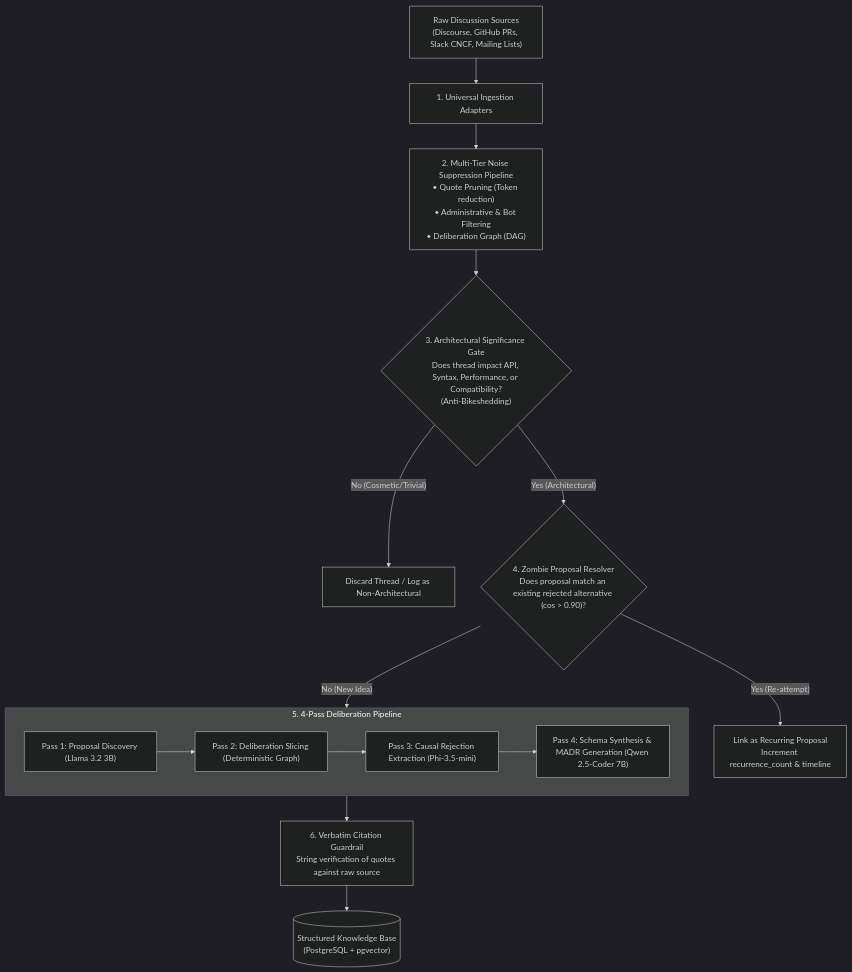
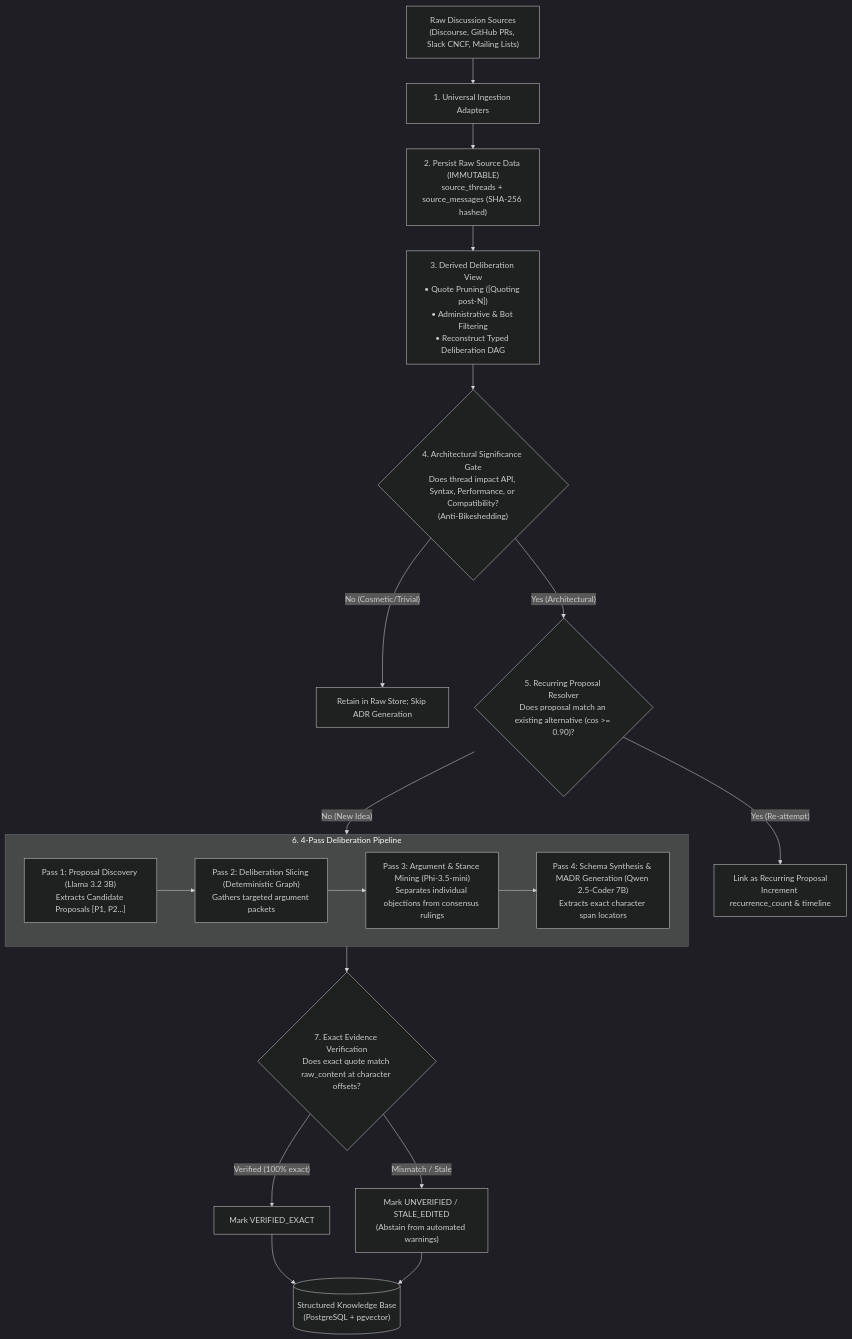
One commit to MRiARC/biscuit changed the diagram in docs/INGESTION_AND_EXTRACTION.md. Above: the diagram before and after it, drawn with Mermaid (dark theme). The commit also changed other lines of this file and 2 other files, not shown here.

Commit message:
docs: strengthen evidence provenance, decision states, and code anchors (fixes #5)

````diff
--- a/docs/INGESTION_AND_EXTRACTION.md
+++ b/docs/INGESTION_AND_EXTRACTION.md
@@ -13,24 +14,30 @@
 ```mermaid
 flowchart TD
     Raw["Raw Discussion Sources<br/>(Discourse, GitHub PRs, Slack CNCF, Mailing Lists)"] --> Ingest["1. Universal Ingestion Adapters"]
     
-    Ingest --> Clean["2. Multi-Tier Noise Suppression Pipeline<br/>• Quote Pruning (Token reduction)<br/>• Administrative & Bot Filtering<br/>• Deliberation Graph (DAG)"]
+    Ingest --> StoreRaw["2. Persist Raw Source Data (IMMUTABLE)<br/>source_threads + source_messages (SHA-256 hashed)"]
     
-    Clean --> Gate{"3. Architectural Significance Gate<br/>Does thread impact API, Syntax, Performance, or Compatibility?<br/>(Anti-Bikeshedding)"}
+    StoreRaw --> Clean["3. Derived Deliberation View<br/>• Quote Pruning ([Quoting post-N])<br/>• Administrative & Bot Filtering<br/>• Reconstruct Typed Deliberation DAG"]
     
-    Gate -- "No (Cosmetic/Trivial)" --> Drop["Discard Thread / Log as Non-Architectural"]
-    Gate -- "Yes (Architectural)" --> Dedupe{"4. Zombie Proposal Resolver<br/>Does proposal match an existing rejected alternative (cos > 0.90)?"}
+    Clean --> Gate{"4. Architectural Significance Gate<br/>Does thread impact API, Syntax, Performance, or Compatibility?<br/>(Anti-Bikeshedding)"}
+    
+    Gate -- "No (Cosmetic/Trivial)" --> Archive["Retain in Raw Store; Skip ADR Generation"]
+    Gate -- "Yes (Architectural)" --> Dedupe{"5. Recurring Proposal Resolver<br/>Does proposal match an existing alternative (cos >= 0.90)?"}
     
     Dedupe -- "Yes (Re-attempt)" --> Merge["Link as Recurring Proposal<br/>Increment recurrence_count & timeline"]
-    Dedupe -- "No (New Idea)" --> Pipeline["5. 4-Pass Deliberation Extraction Pipeline"]
+    Dedupe -- "No (New Idea)" --> Pipeline["6. 4-Pass Deliberation Extraction Pipeline"]
     
-    subgraph Pipeline["5. 4-Pass Deliberation Pipeline"]
-        P1["Pass 1: Proposal Discovery (Llama 3.2 3B)"]
-        P1 --> P2["Pass 2: Deliberation Slicing (Deterministic Graph)"]
-        P2 --> P3["Pass 3: Causal Rejection Extraction (Phi-3.5-mini)"]
-        P3 --> P4["Pass 4: Schema Synthesis & MADR Generation (Qwen 2.5-Coder 7B)"]
+    subgraph Pipeline["6. 4-Pass Deliberation Pipeline"]
+        P1["Pass 1: Proposal Discovery (Llama 3.2 3B)<br/>Extracts Candidate Proposals [P1, P2...]"]
+        P1 --> P2["Pass 2: Deliberation Slicing (Deterministic Graph)<br/>Gathers targeted argument packets"]
+        P2 --> P3["Pass 3: Argument & Stance Mining (Phi-3.5-mini)<br/>Separates individual objections from consensus rulings"]
+        P3 --> P4["Pass 4: Schema Synthesis & MADR Generation (Qwen 2.5-Coder 7B)<br/>Extracts exact character span locators"]
     end
     
-    Pipeline --> Audit["6. Verbatim Citation Guardrail<br/>String verification of quotes against raw source"]
-    Audit --> Store[("Structured Knowledge Base<br/>(PostgreSQL + pgvector)")]
+    Pipeline --> Audit{"7. Exact Evidence Verification<br/>Does exact quote match raw_content at character offsets?"}
+    Audit -- "Verified (100% exact)" --> StoreReady["Mark VERIFIED_EXACT"]
+    Audit -- "Mismatch / Stale" --> AuditFail["Mark UNVERIFIED / STALE_EDITED<br/>(Abstain from automated warnings)"]
+    
+    StoreReady --> Commit[("Structured Knowledge Base<br/>(PostgreSQL + pgvector)")]
+    AuditFail --> Commit
 ```
````
